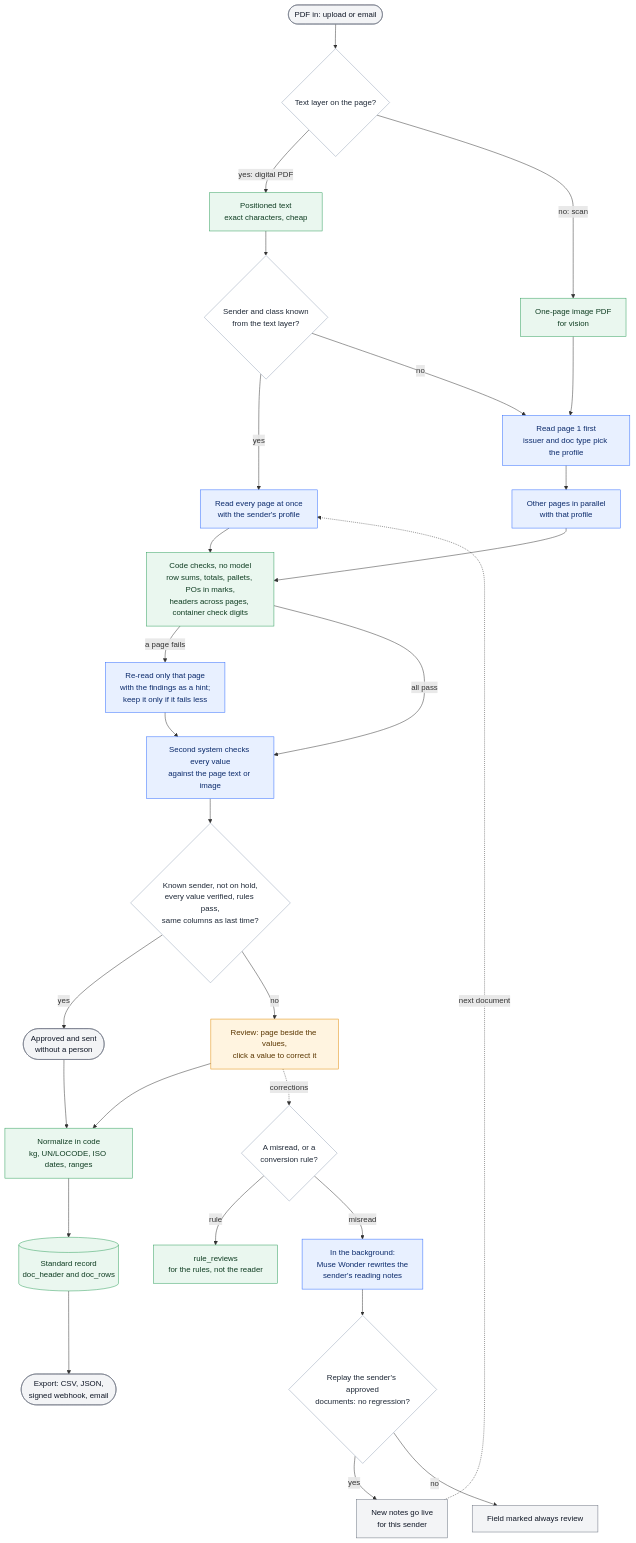
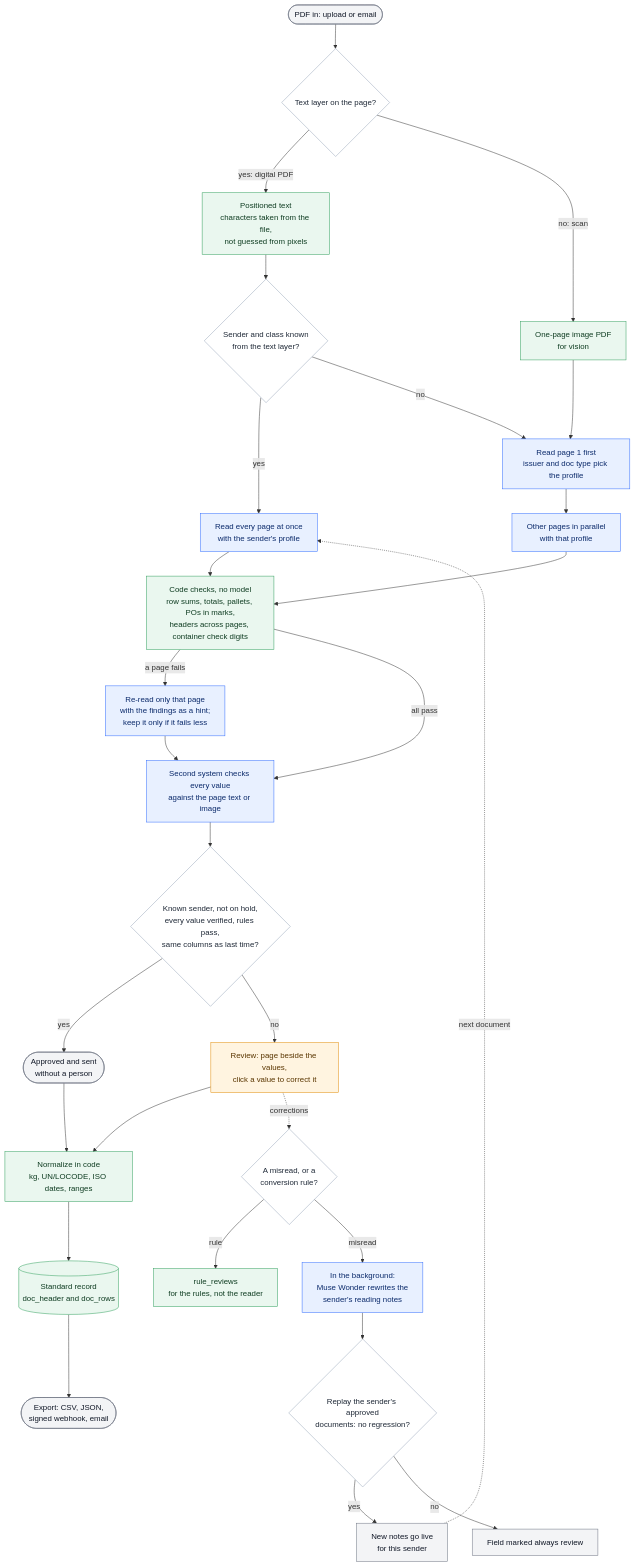
One commit to fobby-io/fobby-connect changed the diagram in README.md. Above: the diagram before and after it, drawn with Mermaid. The commit also changed other lines of this file, not shown here.

Commit message:
README: a digital page is read from its own characters; the unmeasured claim that it costs fewer tokens is gone

````diff
--- a/README.md
+++ b/README.md
@@ -17,42 +17,42 @@
 ```mermaid
 flowchart TD
     A(["PDF in: upload or email"]) --> B{"Text layer on the page?"}
-    B -- "yes: digital PDF" --> C["Positioned text<br/>exact characters, cheap"]
+    B -- "yes: digital PDF" --> C["Positioned text<br/>characters taken from the file,<br/>not guessed from pixels"]
     B -- "no: scan" --> D["One-page image PDF<br/>for vision"]
     C --> E{"Sender and class known<br/>from the text layer?"}
     D --> F["Read page 1 first<br/>issuer and doc type pick the profile"]
     E -- "yes" --> G["Read every page at once<br/>with the sender's profile"]
     E -- "no" --> F
     F --> H["Other pages in parallel<br/>with that profile"]
     G --> I["Code checks, no model<br/>row sums, totals, pallets, POs in marks,<br/>headers across pages, container check digits"]
     H --> I
     I -- "a page fails" --> J["Re-read only that page<br/>with the findings as a hint;<br/>keep it only if it fails less"]
     J --> K
     I -- "all pass" --> K["Second system checks every value<br/>against the page text or image"]
     K --> L{"Known sender, not on hold,<br/>every value verified, rules pass,<br/>same columns as last time?"}
     L -- "yes" --> M(["Approved and sent<br/>without a person"])
     L -- "no" --> N["Review: page beside the values,<br/>click a value to correct it"]
     N --> O["Normalize in code<br/>kg, UN/LOCODE, ISO dates, ranges"]
     M --> O
     O --> P[("Standard record<br/>doc_header and doc_rows")]
     P --> Q(["Export: CSV, JSON,<br/>signed webhook, email"])
     N -. "corrections" .-> R{"A misread, or a<br/>conversion rule?"}
     R -- "rule" --> S["rule_reviews<br/>for the rules, not the reader"]
     R -- "misread" --> T["In the background:<br/>Muse Wonder rewrites the<br/>sender's reading notes"]
     T --> U{"Replay the sender's approved<br/>documents: no regression?"}
     U -- "yes" --> V["New notes go live<br/>for this sender"]
     U -- "no" --> W["Field marked always review"]
     V -. "next document" .-> G
 
     classDef model fill:#e8f0ff,stroke:#2f6bff,color:#0b2a6b
     classDef code fill:#eaf7ef,stroke:#2e9e5b,color:#0f3d22
     classDef person fill:#fff4e0,stroke:#e08a00,color:#5a3600
     classDef out fill:#f3f4f6,stroke:#6b7280,color:#111827
     class F,G,H,J,T model
     class C,D,I,O,P,S,U code
     class K model
     class N person
     classDef ask fill:#ffffff,stroke:#94a3b8,color:#1f2937
     class A,M,Q,V,W out
     class B,E,L,R,U ask
 ```
````
